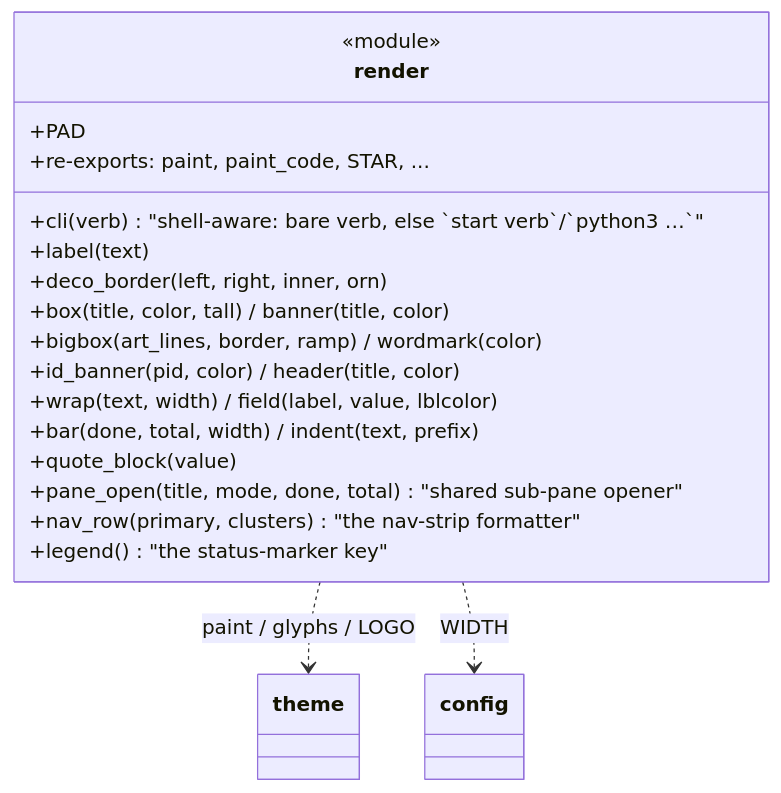
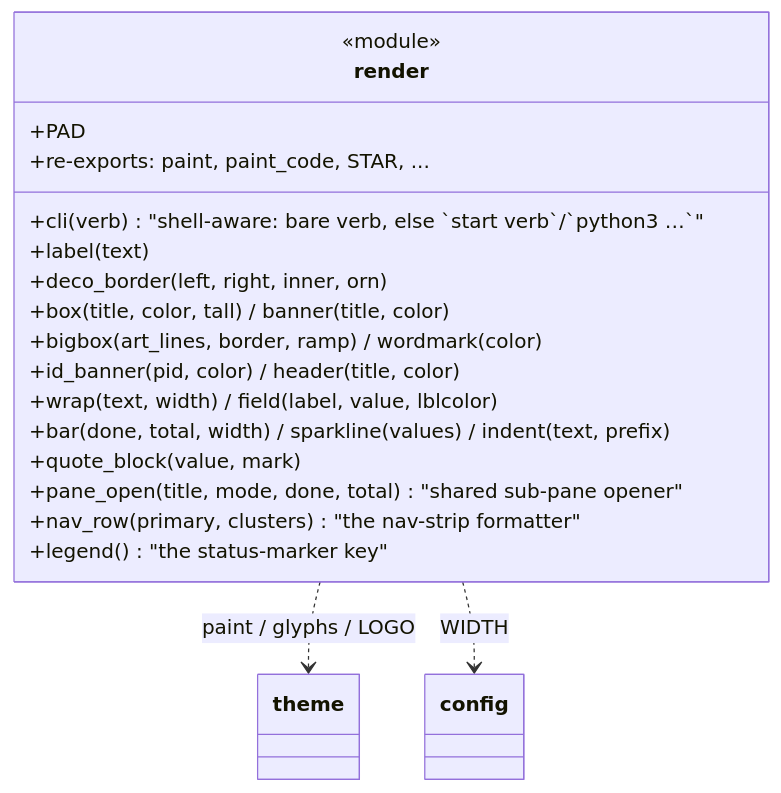
Before and after one commit to N041M/PyQuest: the third of 4 diagrams in docs/diagrams/visuals.md, drawn with Mermaid. The commit also changed 23 other files, not shown here.

````diff
--- a/docs/diagrams/visuals.md
+++ b/docs/diagrams/visuals.md
@@ -51,22 +51,22 @@
 ```mermaid
 classDiagram
     class render {
         <<module>>
         +PAD
         +cli(verb)  "shell-aware: bare verb, else `start verb`/`python3 …`"
         +label(text)
         +deco_border(left, right, inner, orn)
         +box(title, color, tall) / banner(title, color)
         +bigbox(art_lines, border, ramp) / wordmark(color)
         +id_banner(pid, color) / header(title, color)
         +wrap(text, width) / field(label, value, lblcolor)
-        +bar(done, total, width) / indent(text, prefix)
-        +quote_block(value)
+        +bar(done, total, width) / sparkline(values) / indent(text, prefix)
+        +quote_block(value, mark)
         +pane_open(title, mode, done, total)  "shared sub-pane opener"
         +nav_row(primary, clusters)  "the nav-strip formatter"
         +legend()  "the status-marker key"
         +re-exports: paint, paint_code, STAR, ...
     }
     render ..> theme : paint / glyphs / LOGO
     render ..> config : WIDTH
 ```
````
